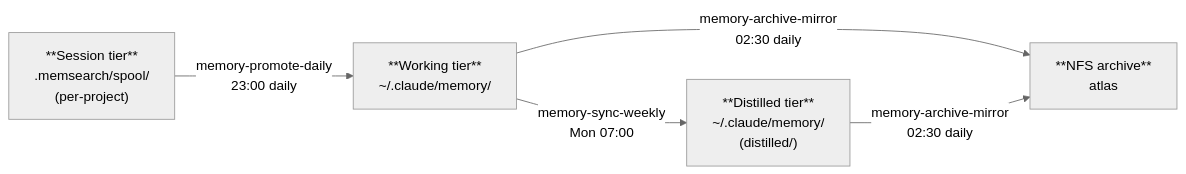
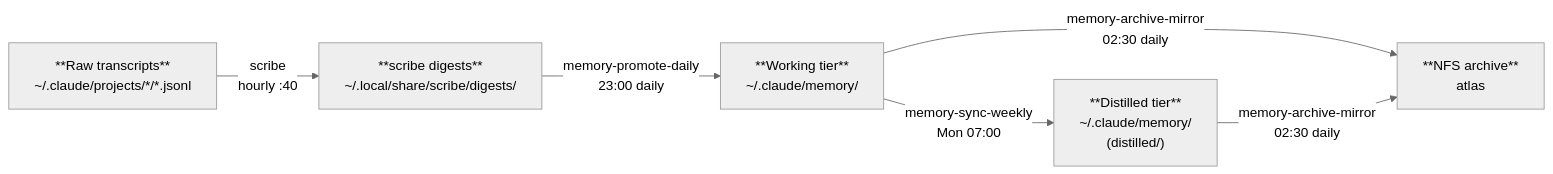
The first of 2 diagrams in docs/components/memory/memory-services.md (TadMSTR/homelab-agent), drawn with Mermaid (neutral theme) before and after one commit. The commit also changed other lines of this file and 11 other files, not shown here.

First line of the commit message:
docs(memory): retirement sweep for memsearch/Milvus (retired 2026-09-17)

````diff
--- a/docs/components/memory/memory-services.md
+++ b/docs/components/memory/memory-services.md
@@ -151,12 +96,14 @@
 ```mermaid
 flowchart LR
-    session["**Session tier**\n.memsearch/spool/\n(per-project)"]
+    transcripts["**Raw transcripts**\n~/.claude/projects/*/*.jsonl"]
+    digests["**scribe digests**\n~/.local/share/scribe/digests/"]
     working["**Working tier**\n~/.claude/memory/"]
     distilled["**Distilled tier**\n~/.claude/memory/\n(distilled/)"]
     archive["**NFS archive**\natlas <nas-ip>"]
 
-    session -- "memory-promote-daily\n23:00 daily" --> working
+    transcripts -- "scribe\nhourly :40" --> digests
+    digests -- "memory-promote-daily\n23:00 daily" --> working
     working -- "memory-sync-weekly\nMon 07:00" --> distilled
     working -- "memory-archive-mirror\n02:30 daily" --> archive
     distilled -- "memory-archive-mirror\n02:30 daily" --> archive
 ```
````
